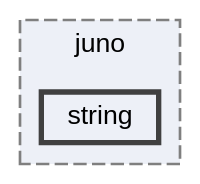
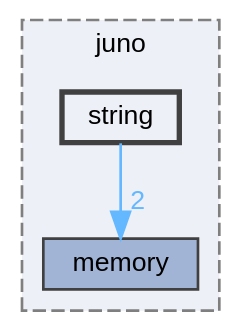
Before and after one commit to robinonsay/libjuno: the diagram in dir_1ee06b418de2fbaa3d5b1443d2d582cb_dep.dot, drawn with Graphviz. The commit also changed 290 other files, not shown here.

```diff
--- a/dir_1ee06b418de2fbaa3d5b1443d2d582cb_dep.dot
+++ b/dir_1ee06b418de2fbaa3d5b1443d2d582cb_dep.dot
@@ -1,12 +1,14 @@
 digraph "/home/runner/work/libjuno/libjuno/include/juno/string"
 {
  // LATEX_PDF_SIZE
   bgcolor="transparent";
   edge [fontname=Helvetica,fontsize=10,labelfontname=Helvetica,labelfontsize=10];
   node [fontname=Helvetica,fontsize=10,shape=box,height=0.2,width=0.4];
   compound=true
   subgraph clusterdir_366da5caa8e7ec3e54d94764b6f022bc {
     graph [ bgcolor="#edf0f7", pencolor="grey50", label="juno", fontname=Helvetica,fontsize=10 style="filled,dashed", URL="dir_366da5caa8e7ec3e54d94764b6f022bc.html",tooltip=""]
+  dir_0ab7105f8cccca84cc3ec63bc4b5970d [label="memory", fillcolor="#a2b4d6", color="grey25", style="filled", URL="dir_0ab7105f8cccca84cc3ec63bc4b5970d.html",tooltip=""];
   dir_1ee06b418de2fbaa3d5b1443d2d582cb [label="string", fillcolor="#edf0f7", color="grey25", style="filled,bold", URL="dir_1ee06b418de2fbaa3d5b1443d2d582cb.html",tooltip=""];
   }
+  dir_1ee06b418de2fbaa3d5b1443d2d582cb->dir_0ab7105f8cccca84cc3ec63bc4b5970d [headlabel="2", labeldistance=1.5 headhref="dir_000009_000006.html" href="dir_000009_000006.html" color="steelblue1" fontcolor="steelblue1"];
 }
```
